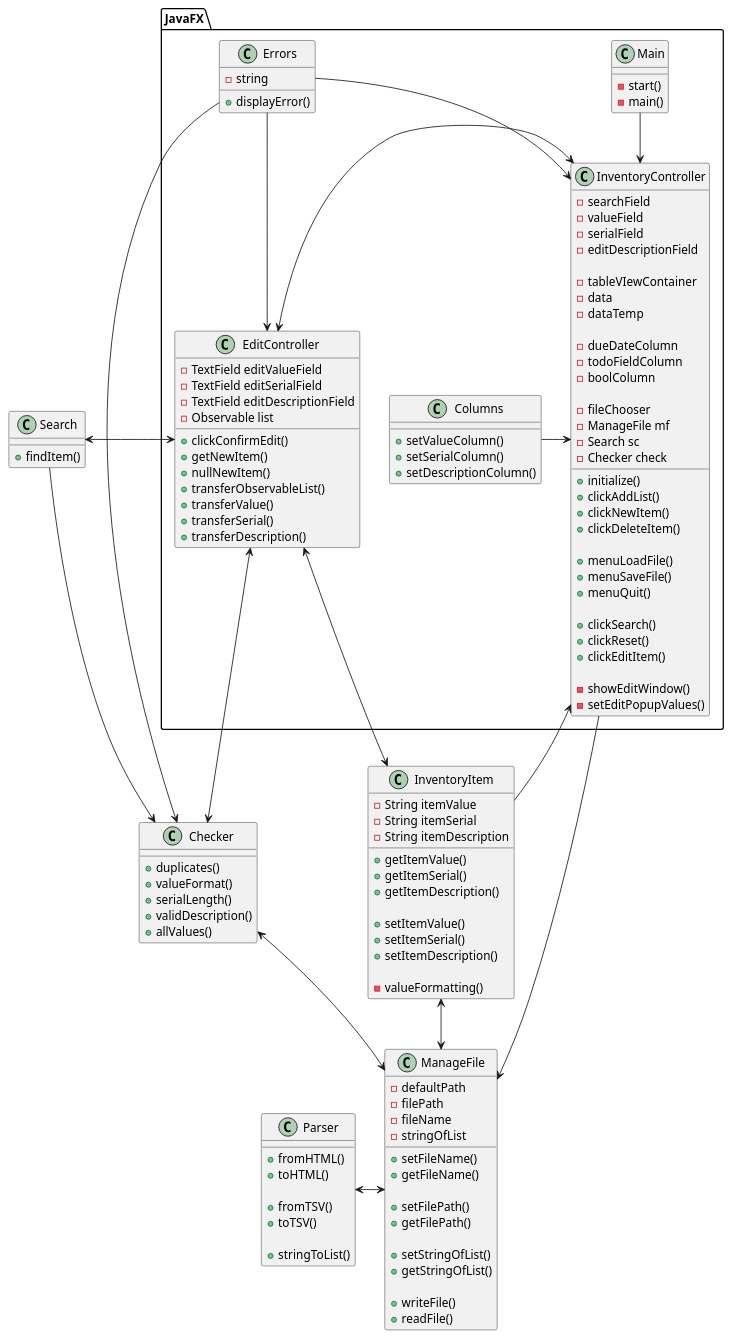
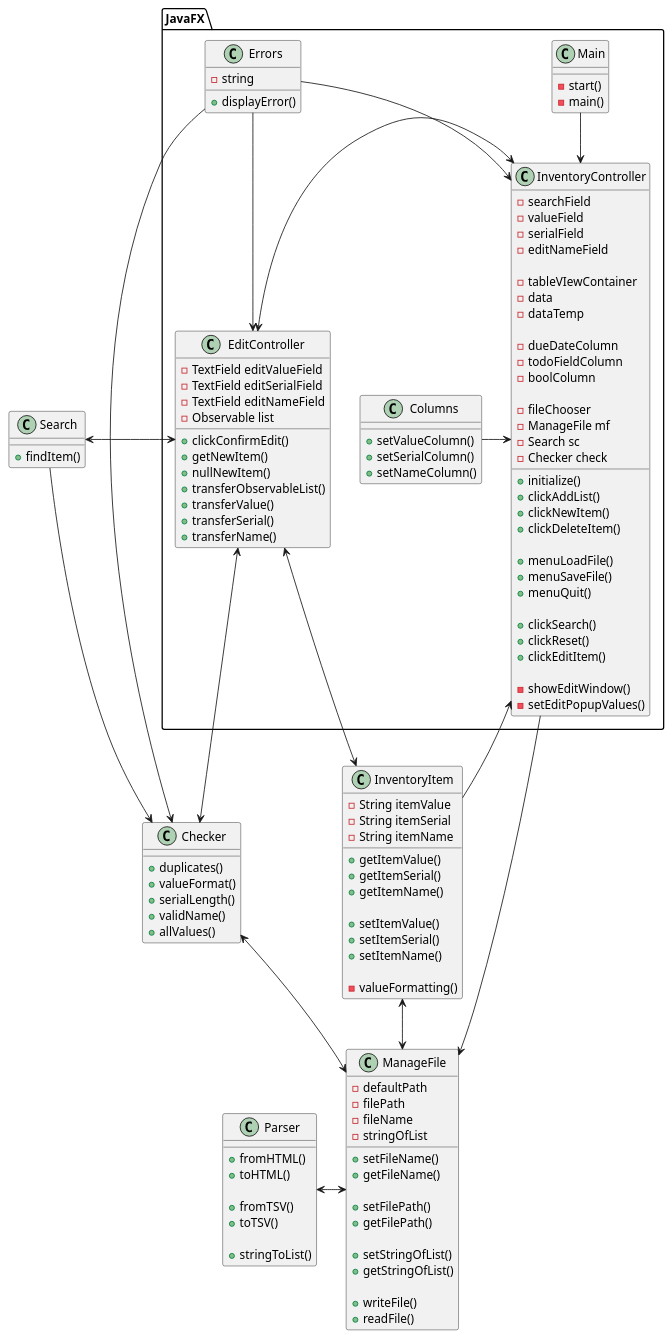
Before and after one commit to SlimyMonz/Java-Inventory-App: the diagram in uml/App.puml, drawn with PlantUML. The commit also changed 16 other files, not shown here.

```diff
--- a/uml/App.puml
+++ b/uml/App.puml
@@ -1,159 +1,159 @@
 @startuml
 'https://plantuml.com/class-diagram
 
 class JavaFX.Main {
     -start()
     -main()
 }
 
 class Checker {
     +duplicates()
     +valueFormat()
     +serialLength()
-    +validDescription()
+    +validName()
     +allValues()
 }
 
 class JavaFX.Columns {
     +setValueColumn()
     +setSerialColumn()
-    +setDescriptionColumn()
+    +setNameColumn()
 }
 
 class JavaFX.EditController {
     -TextField editValueField
     -TextField editSerialField
-    -TextField editDescriptionField
+    -TextField editNameField
     -Observable list
 
     +clickConfirmEdit()
     +getNewItem()
     +nullNewItem()
     +transferObservableList()
     +transferValue()
     +transferSerial()
-    +transferDescription()
+    +transferName()
 }
 
 class JavaFX.Errors {
     -string
     +displayError()
 }
 
 class JavaFX.InventoryController {
 
 	-searchField
 	-valueField
 	-serialField
-	-editDescriptionField
+	-editNameField
 
 	-tableVIewContainer
 	-data
 	-dataTemp
 
 	-dueDateColumn
 	-todoFieldColumn
 	-boolColumn
 
 	-fileChooser
 	-ManageFile mf
 	-Search sc
 	-Checker check
 
     +initialize()
     +clickAddList()
     +clickNewItem()
     +clickDeleteItem()
 
     +menuLoadFile()
     +menuSaveFile()
     +menuQuit()
 
     +clickSearch()
     +clickReset()
     +clickEditItem()
 
     -showEditWindow()
     -setEditPopupValues()
 
 }
 
 class InventoryItem {
 
     -String itemValue
     -String itemSerial
-    -String itemDescription
+    -String itemName
 
     +getItemValue()
     +getItemSerial()
-    +getItemDescription()
+    +getItemName()
 
     +setItemValue()
     +setItemSerial()
-    +setItemDescription()
+    +setItemName()
 
     - valueFormatting()
 
 }
 
 class ManageFile {
 
     -defaultPath
     -filePath
     -fileName
     -stringOfList
 
     +setFileName()
     +getFileName()
 
     +setFilePath()
     +getFilePath()
 
     +setStringOfList()
     +getStringOfList()
 
     +writeFile()
     +readFile()
 }
 
 class Parser {
     +fromHTML()
     +toHTML()
 
     +fromTSV()
     +toTSV()
 
     +stringToList()
 }
 
 class Search {
     +findItem()
 }
 
 
 JavaFX.Main ==> JavaFX.InventoryController
 
 JavaFX.InventoryController ==> ManageFile
 JavaFX.Columns => JavaFX.InventoryController
 JavaFX.InventoryController <=> JavaFX.EditController
 JavaFX.Errors ==> JavaFX.InventoryController
 JavaFX.Errors ==> JavaFX.EditController
 JavaFX.Errors ==> Checker
 JavaFX.InventoryController <== InventoryItem
 JavaFX.EditController <=> Search
 JavaFX.EditController <==> Checker
 JavaFX.EditController <==> InventoryItem
 
 InventoryItem <-> ManageFile
 
 Checker <--> ManageFile
 Search -> Checker
 
 Parser <-> ManageFile
 
 
 
 
 
 
 @enduml
```
